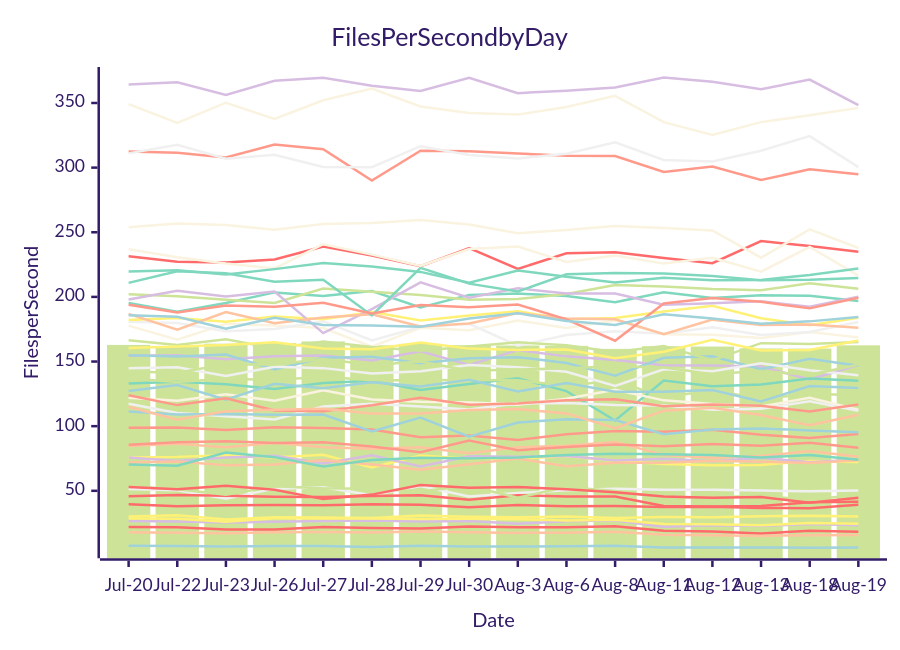
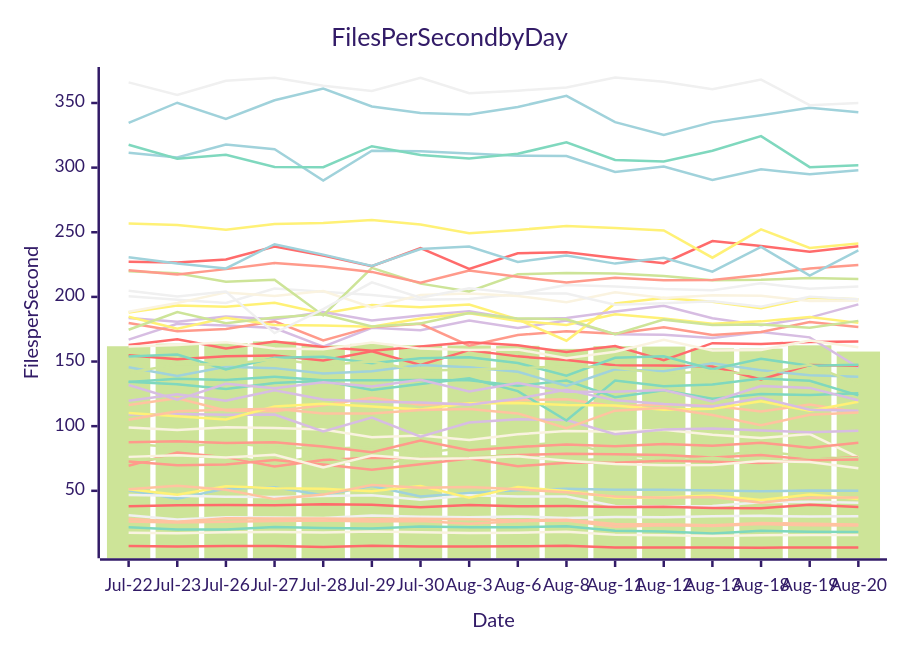
Before and after one commit to streetsidesoftware/cspell: the diagram in perf-report.md, drawn with Mermaid (forest theme). The commit also changed other lines of this file and 1 other file, not shown here.

````diff
--- a/perf-report.md
+++ b/perf-report.md
@@ -10,57 +10,57 @@
 ```mermaid
 xychart-beta
     title Files Per Second by Day
     y-axis Files per Second
-    x-axis Date [Jul-20, Jul-22, Jul-23, Jul-26, Jul-27, Jul-28, Jul-29, Jul-30, Aug-3, Aug-6, Aug-8, Aug-11, Aug-12, Aug-13, Aug-18, Aug-19]
-    bar [162.84, 161.83, 163.82, 164.32, 165.56, 162.55, 163.67, 162.66, 162.42, 162.15, 159.78, 161.87, 161.59, 160.12, 160.00, 162.54]
-    line [22.10, 21.88, 20.15, 20.04, 21.91, 21.31, 20.80, 22.35, 21.72, 21.80, 22.54, 19.07, 18.54, 16.95, 19.10, 18.27]
-    line [7.42, 7.37, 6.94, 7.34, 7.37, 6.62, 7.52, 6.92, 6.91, 7.06, 7.47, 6.09, 6.22, 6.12, 6.05, 6.23]
-    line [154.51, 154.84, 151.75, 154.10, 154.75, 150.75, 157.93, 147.43, 158.79, 154.00, 151.10, 147.11, 146.86, 146.10, 136.12, 147.29]
-    line [51.44, 50.43, 43.97, 51.67, 52.73, 46.52, 53.63, 45.66, 48.27, 50.39, 51.68, 50.89, 50.88, 50.22, 49.59, 50.25]
-    line [84.70, 86.32, 83.67, 87.12, 83.64, 82.58, 83.71, 79.08, 83.62, 84.88, 87.82, 77.70, 75.58, 76.94, 80.70, 76.26]
-    line [133.10, 134.27, 132.41, 128.75, 133.45, 135.04, 127.98, 132.62, 137.05, 127.16, 104.34, 135.34, 130.97, 132.26, 136.82, 135.16]
-    line [98.78, 99.06, 97.00, 99.07, 98.61, 97.42, 91.49, 92.79, 89.32, 93.72, 96.32, 95.66, 97.25, 93.41, 90.83, 93.92]
-    line [121.92, 119.72, 124.69, 119.65, 127.83, 120.71, 118.86, 118.39, 116.67, 121.26, 128.17, 119.97, 117.10, 115.21, 121.90, 112.74]
-    line [75.79, 76.25, 77.55, 75.81, 77.91, 68.05, 77.31, 74.56, 75.13, 76.66, 73.32, 70.77, 69.86, 70.01, 73.04, 72.36]
-    line [136.93, 134.10, 136.61, 135.79, 138.26, 135.57, 135.43, 135.66, 135.43, 131.19, 135.23, 122.44, 127.81, 121.17, 124.81, 124.18]
-    line [45.82, 46.71, 46.24, 45.49, 45.13, 45.94, 46.54, 43.06, 46.57, 45.56, 45.66, 38.22, 37.79, 38.23, 41.09, 41.54]
-    line [127.23, 131.88, 120.40, 132.81, 129.34, 133.97, 130.74, 135.91, 126.83, 133.33, 126.61, 126.72, 128.04, 119.05, 131.02, 129.61]
-    line [26.68, 26.34, 25.46, 26.08, 26.71, 26.98, 26.19, 26.72, 24.58, 26.54, 27.00, 22.24, 23.36, 22.81, 24.23, 23.27]
-    line [117.38, 110.16, 107.68, 105.10, 115.28, 117.30, 115.27, 112.83, 117.78, 117.94, 116.33, 116.04, 112.64, 113.43, 119.19, 111.93]
-    line [17.98, 17.51, 17.20, 17.96, 18.17, 17.67, 18.43, 18.02, 17.45, 17.65, 18.37, 15.99, 15.64, 15.11, 15.67, 15.78]
-    line [195.34, 188.56, 195.30, 203.49, 200.63, 204.54, 191.76, 201.55, 202.60, 200.71, 195.89, 203.57, 199.20, 201.23, 200.81, 196.78]
-    line [123.96, 116.30, 121.57, 112.16, 111.54, 116.14, 122.06, 116.65, 117.60, 120.09, 120.85, 115.35, 116.69, 115.74, 111.39, 116.78]
-    line [177.77, 166.91, 179.23, 177.92, 175.97, 161.59, 176.09, 174.17, 181.77, 175.87, 181.75, 171.06, 170.80, 168.18, 172.80, 168.69]
-    line [28.51, 28.41, 26.08, 28.71, 28.53, 28.56, 28.21, 28.32, 27.98, 27.09, 27.59, 24.33, 24.19, 23.40, 25.07, 24.48]
-    line [53.58, 51.27, 46.96, 53.48, 52.00, 51.65, 49.61, 53.65, 44.73, 52.88, 49.80, 44.85, 44.73, 46.28, 42.85, 47.12]
-    line [53.02, 51.19, 53.86, 50.78, 43.58, 47.06, 54.57, 52.43, 53.03, 51.13, 48.90, 45.53, 44.69, 45.18, 40.85, 44.70]
-    line [111.31, 108.98, 109.47, 108.84, 109.00, 95.94, 106.70, 91.83, 102.88, 105.40, 104.69, 93.74, 97.45, 98.22, 96.65, 95.35]
-    line [75.84, 73.04, 75.74, 77.07, 71.05, 77.49, 68.74, 76.65, 76.34, 76.92, 73.53, 74.78, 72.96, 75.57, 72.13, 74.31]
-    line [180.87, 179.86, 173.49, 175.22, 181.17, 166.29, 176.78, 179.24, 162.30, 170.51, 173.47, 171.46, 176.49, 170.50, 172.92, 180.52]
-    line [71.91, 72.70, 69.86, 70.37, 73.91, 70.30, 66.36, 70.57, 74.92, 69.05, 71.64, 71.63, 73.23, 72.55, 71.44, 73.71]
-    line [70.42, 69.35, 79.56, 76.05, 68.90, 73.77, 75.65, 74.99, 75.71, 77.66, 78.66, 78.35, 77.65, 75.86, 77.65, 74.07]
-    line [312.46, 311.42, 307.91, 317.83, 314.26, 289.97, 313.11, 312.72, 310.96, 309.18, 308.97, 296.59, 300.81, 290.46, 298.69, 294.82]
-    line [349.11, 334.55, 350.21, 337.72, 352.09, 361.09, 347.33, 342.33, 341.03, 346.90, 355.56, 335.17, 325.27, 335.20, 340.52, 346.23]
-    line [182.11, 183.75, 180.78, 184.81, 182.65, 188.37, 181.75, 185.70, 188.91, 182.68, 183.70, 188.70, 193.07, 183.50, 178.10, 183.95]
-    line [202.08, 200.55, 197.73, 195.25, 206.51, 204.03, 201.53, 197.81, 198.32, 202.22, 209.23, 208.13, 206.12, 205.21, 210.46, 206.31]
-    line [231.48, 227.16, 226.70, 229.01, 239.01, 232.02, 223.69, 237.66, 221.63, 233.74, 234.59, 230.11, 226.13, 243.15, 239.31, 234.89]
-    line [154.95, 153.94, 155.48, 143.79, 152.94, 153.75, 148.60, 152.63, 153.39, 148.93, 139.04, 152.86, 154.13, 144.07, 152.10, 146.68]
-    line [198.05, 204.69, 200.38, 204.18, 172.00, 190.59, 211.20, 199.37, 206.67, 202.54, 202.61, 193.89, 195.05, 196.60, 192.32, 200.16]
-    line [311.01, 317.69, 306.96, 309.97, 300.54, 300.28, 316.56, 309.78, 307.09, 310.74, 319.60, 305.87, 304.71, 313.08, 324.40, 300.37]
-    line [186.89, 174.56, 188.32, 179.58, 184.08, 186.53, 177.20, 179.37, 187.46, 183.38, 182.66, 171.17, 182.41, 178.32, 178.57, 176.08]
-    line [210.83, 219.91, 218.25, 211.67, 213.25, 185.65, 222.45, 210.28, 204.15, 217.44, 218.55, 218.05, 216.13, 212.80, 213.27, 214.61]
-    line [194.01, 187.89, 193.41, 192.42, 195.47, 187.19, 193.79, 191.90, 194.07, 182.58, 166.07, 194.86, 199.17, 196.17, 191.14, 199.41]
-    line [236.94, 230.60, 225.84, 222.04, 240.74, 232.71, 223.95, 236.98, 238.93, 227.08, 231.94, 225.75, 230.29, 219.53, 238.65, 216.52]
-    line [30.13, 31.01, 27.77, 29.48, 29.26, 29.06, 30.88, 29.94, 29.48, 30.19, 29.03, 29.67, 29.60, 30.33, 30.62, 30.06]
-    line [166.55, 162.82, 167.25, 160.14, 165.42, 161.19, 158.31, 161.70, 164.91, 162.58, 157.48, 162.05, 151.08, 164.19, 163.52, 165.17]
-    line [39.54, 38.13, 38.75, 38.94, 38.82, 39.51, 39.23, 37.37, 39.03, 38.14, 38.18, 37.54, 37.60, 36.71, 36.51, 39.25]
-    line [185.76, 184.64, 175.39, 183.80, 178.20, 177.82, 176.95, 183.37, 187.31, 181.39, 178.30, 186.48, 183.29, 179.27, 181.07, 184.49]
-    line [364.21, 365.97, 356.16, 367.24, 369.57, 363.41, 359.37, 369.40, 357.63, 359.56, 362.02, 369.62, 366.45, 360.63, 368.14, 348.34]
-    line [144.87, 145.54, 138.82, 146.01, 144.90, 140.82, 142.51, 147.27, 145.58, 142.12, 131.06, 143.98, 142.41, 148.62, 143.28, 139.37]
-    line [115.08, 104.93, 111.58, 112.75, 113.47, 109.84, 109.80, 112.55, 113.19, 109.88, 98.38, 112.00, 114.17, 108.57, 100.66, 108.77]
-    line [219.62, 220.62, 217.24, 221.48, 226.19, 223.44, 219.34, 210.97, 220.37, 215.62, 211.22, 214.76, 212.79, 213.14, 217.00, 221.94]
-    line [85.63, 87.55, 88.29, 86.90, 87.47, 84.26, 79.87, 88.81, 81.39, 83.97, 85.77, 84.48, 86.21, 84.78, 87.25, 83.34]
-    line [253.83, 256.85, 255.68, 251.95, 256.48, 257.08, 259.44, 255.93, 249.24, 251.79, 254.83, 253.26, 251.44, 230.32, 252.21, 237.84]
-    line [160.47, 161.66, 162.86, 164.94, 160.13, 159.49, 164.72, 159.99, 159.02, 159.32, 152.64, 157.58, 166.90, 158.63, 158.95, 166.31]
-    line [142.28, 141.37, 147.86, 147.77, 151.94, 147.31, 150.10, 142.92, 143.82, 144.85, 146.35, 145.37, 140.27, 142.62, 139.83, 147.55]
+    x-axis Date [Jul-22, Jul-23, Jul-26, Jul-27, Jul-28, Jul-29, Jul-30, Aug-3, Aug-6, Aug-8, Aug-11, Aug-12, Aug-13, Aug-18, Aug-19, Aug-20]
+    bar [161.83, 163.82, 164.32, 165.56, 162.55, 163.67, 162.66, 162.42, 162.15, 159.78, 161.87, 161.59, 160.12, 160.00, 162.54, 157.72]
+    line [7.37, 6.94, 7.34, 7.37, 6.62, 7.52, 6.92, 6.91, 7.06, 7.47, 6.09, 6.22, 6.12, 6.05, 6.23, 6.11]
+    line [50.43, 43.97, 51.67, 52.73, 46.52, 53.63, 45.66, 48.27, 50.39, 51.68, 50.89, 50.88, 50.22, 49.59, 50.25, 49.97]
+    line [166.91, 179.23, 177.92, 175.97, 161.59, 176.09, 174.17, 181.77, 175.87, 181.75, 171.06, 170.80, 168.18, 172.80, 168.69, 145.35]
+    line [46.71, 46.24, 45.49, 45.13, 45.94, 46.54, 43.06, 46.57, 45.56, 45.66, 38.22, 37.79, 38.23, 41.09, 41.54, 40.83]
+    line [26.34, 25.46, 26.08, 26.71, 26.98, 26.19, 26.72, 24.58, 26.54, 27.00, 22.24, 23.36, 22.81, 24.23, 23.27, 23.21]
+    line [21.88, 20.15, 20.04, 21.91, 21.31, 20.80, 22.35, 21.72, 21.80, 22.54, 19.07, 18.54, 16.95, 19.10, 18.27, 18.10]
+    line [179.86, 173.49, 175.22, 181.17, 166.29, 176.78, 179.24, 162.30, 170.51, 173.47, 171.46, 176.49, 170.50, 172.92, 180.52, 176.78]
+    line [99.06, 97.00, 99.07, 98.61, 97.42, 91.49, 92.79, 89.32, 93.72, 96.32, 95.66, 97.25, 93.41, 90.83, 93.92, 75.78]
+    line [51.27, 46.96, 53.48, 52.00, 51.65, 49.61, 53.65, 44.73, 52.88, 49.80, 44.85, 44.73, 46.28, 42.85, 47.12, 43.68]
+    line [86.32, 83.67, 87.12, 83.64, 82.58, 83.71, 79.08, 83.62, 84.88, 87.82, 77.70, 75.58, 76.94, 80.70, 76.26, 74.63]
+    line [154.84, 151.75, 154.10, 154.75, 150.75, 157.93, 147.43, 158.79, 154.00, 151.10, 147.11, 146.86, 146.10, 136.12, 147.29, 146.80]
+    line [334.55, 350.21, 337.72, 352.09, 361.09, 347.33, 342.33, 341.03, 346.90, 355.56, 335.17, 325.27, 335.20, 340.52, 346.23, 342.89]
+    line [108.98, 109.47, 108.84, 109.00, 95.94, 106.70, 91.83, 102.88, 105.40, 104.69, 93.74, 97.45, 98.22, 96.65, 95.35, 96.46]
+    line [200.55, 197.73, 195.25, 206.51, 204.03, 201.53, 197.81, 198.32, 202.22, 209.23, 208.13, 206.12, 205.21, 210.46, 206.31, 208.11]
+    line [116.30, 121.57, 112.16, 111.54, 116.14, 122.06, 116.65, 117.60, 120.09, 120.85, 115.35, 116.69, 115.74, 111.39, 116.78, 110.70]
+    line [134.10, 136.61, 135.79, 138.26, 135.57, 135.43, 135.66, 135.43, 131.19, 135.23, 122.44, 127.81, 121.17, 124.81, 124.18, 125.55]
+    line [69.35, 79.56, 76.05, 68.90, 73.77, 75.65, 74.99, 75.71, 77.66, 78.66, 78.35, 77.65, 75.86, 77.65, 74.07, 76.25]
+    line [17.51, 17.20, 17.96, 18.17, 17.67, 18.43, 18.02, 17.45, 17.65, 18.37, 15.99, 15.64, 15.11, 15.67, 15.78, 15.75]
+    line [187.89, 193.41, 192.42, 195.47, 187.19, 193.79, 191.90, 194.07, 182.58, 166.07, 194.86, 199.17, 196.17, 191.14, 199.41, 198.15]
+    line [73.04, 75.74, 77.07, 71.05, 77.49, 68.74, 76.65, 76.34, 76.92, 73.53, 74.78, 72.96, 75.57, 72.13, 74.31, 75.58]
+    line [38.13, 38.75, 38.94, 38.82, 39.51, 39.23, 37.37, 39.03, 38.14, 38.18, 37.54, 37.60, 36.71, 36.51, 39.25, 37.56]
+    line [311.42, 307.91, 317.83, 314.26, 289.97, 313.11, 312.72, 310.96, 309.18, 308.97, 296.59, 300.81, 290.46, 298.69, 294.82, 297.97]
+    line [183.75, 180.78, 184.81, 182.65, 188.37, 181.75, 185.70, 188.91, 182.68, 183.70, 188.70, 193.07, 183.50, 178.10, 183.95, 194.25]
+    line [31.01, 27.77, 29.48, 29.26, 29.06, 30.88, 29.94, 29.48, 30.19, 29.03, 29.67, 29.60, 30.33, 30.62, 30.06, 30.35]
+    line [51.19, 53.86, 50.78, 43.58, 47.06, 54.57, 52.43, 53.03, 51.13, 48.90, 45.53, 44.69, 45.18, 40.85, 44.70, 44.80]
+    line [134.27, 132.41, 128.75, 133.45, 135.04, 127.98, 132.62, 137.05, 127.16, 104.34, 135.34, 130.97, 132.26, 136.82, 135.16, 123.82]
+    line [72.70, 69.86, 70.37, 73.91, 70.30, 66.36, 70.57, 74.92, 69.05, 71.64, 71.63, 73.23, 72.55, 71.44, 73.71, 74.26]
+    line [188.56, 195.30, 203.49, 200.63, 204.54, 191.76, 201.55, 202.60, 200.71, 195.89, 203.57, 199.20, 201.23, 200.81, 196.78, 196.94]
+    line [110.16, 107.68, 105.10, 115.28, 117.30, 115.27, 112.83, 117.78, 117.94, 116.33, 116.04, 112.64, 113.43, 119.19, 111.93, 118.89]
+    line [219.91, 218.25, 211.67, 213.25, 185.65, 222.45, 210.28, 204.15, 217.44, 218.55, 218.05, 216.13, 212.80, 213.27, 214.61, 213.79]
+    line [162.82, 167.25, 160.14, 165.42, 161.19, 158.31, 161.70, 164.91, 162.58, 157.48, 162.05, 151.08, 164.19, 163.52, 165.17, 165.45]
+    line [145.54, 138.82, 146.01, 144.90, 140.82, 142.51, 147.27, 145.58, 142.12, 131.06, 143.98, 142.41, 148.62, 143.28, 139.37, 138.31]
+    line [131.88, 120.40, 132.81, 129.34, 133.97, 130.74, 135.91, 126.83, 133.33, 126.61, 126.72, 128.04, 119.05, 131.02, 129.61, 120.10]
+    line [365.97, 356.16, 367.24, 369.57, 363.41, 359.37, 369.40, 357.63, 359.56, 362.02, 369.62, 366.45, 360.63, 368.14, 348.34, 349.95]
+    line [28.41, 26.08, 28.71, 28.53, 28.56, 28.21, 28.32, 27.98, 27.09, 27.59, 24.33, 24.19, 23.40, 25.07, 24.48, 24.01]
+    line [317.69, 306.96, 309.97, 300.54, 300.28, 316.56, 309.78, 307.09, 310.74, 319.60, 305.87, 304.71, 313.08, 324.40, 300.37, 301.84]
+    line [220.62, 217.24, 221.48, 226.19, 223.44, 219.34, 210.97, 220.37, 215.62, 211.22, 214.76, 212.79, 213.14, 217.00, 221.94, 224.69]
+    line [76.25, 77.55, 75.81, 77.91, 68.05, 77.31, 74.56, 75.13, 76.66, 73.32, 70.77, 69.86, 70.01, 73.04, 72.36, 67.39]
+    line [184.64, 175.39, 183.80, 178.20, 177.82, 176.95, 183.37, 187.31, 181.39, 178.30, 186.48, 183.29, 179.27, 181.07, 184.49, 179.90]
+    line [174.56, 188.32, 179.58, 184.08, 186.53, 177.20, 179.37, 187.46, 183.38, 182.66, 171.17, 182.41, 178.32, 178.57, 176.08, 181.45]
+    line [227.16, 226.70, 229.01, 239.01, 232.02, 223.69, 237.66, 221.63, 233.74, 234.59, 230.11, 226.13, 243.15, 239.31, 234.89, 239.12]
+    line [230.60, 225.84, 222.04, 240.74, 232.71, 223.95, 236.98, 238.93, 227.08, 231.94, 225.75, 230.29, 219.53, 238.65, 216.52, 236.05]
+    line [119.72, 124.69, 119.65, 127.83, 120.71, 118.86, 118.39, 116.67, 121.26, 128.17, 119.97, 117.10, 115.21, 121.90, 112.74, 111.91]
+    line [204.69, 200.38, 204.18, 172.00, 190.59, 211.20, 199.37, 206.67, 202.54, 202.61, 193.89, 195.05, 196.60, 192.32, 200.16, 198.25]
+    line [104.93, 111.58, 112.75, 113.47, 109.84, 109.80, 112.55, 113.19, 109.88, 98.38, 112.00, 114.17, 108.57, 100.66, 108.77, 110.56]
+    line [153.94, 155.48, 143.79, 152.94, 153.75, 148.60, 152.63, 153.39, 148.93, 139.04, 152.86, 154.13, 144.07, 152.10, 146.68, 147.49]
+    line [87.55, 88.29, 86.90, 87.47, 84.26, 79.87, 88.81, 81.39, 83.97, 85.77, 84.48, 86.21, 84.78, 87.25, 83.34, 87.26]
+    line [161.66, 162.86, 164.94, 160.13, 159.49, 164.72, 159.99, 159.02, 159.32, 152.64, 157.58, 166.90, 158.63, 158.95, 166.31, 161.11]
+    line [256.85, 255.68, 251.95, 256.48, 257.08, 259.44, 255.93, 249.24, 251.79, 254.83, 253.26, 251.44, 230.32, 252.21, 237.84, 241.24]
+    line [141.37, 147.86, 147.77, 151.94, 147.31, 150.10, 142.92, 143.82, 144.85, 146.35, 145.37, 140.27, 142.62, 139.83, 147.55, 132.65]
 ```
````
